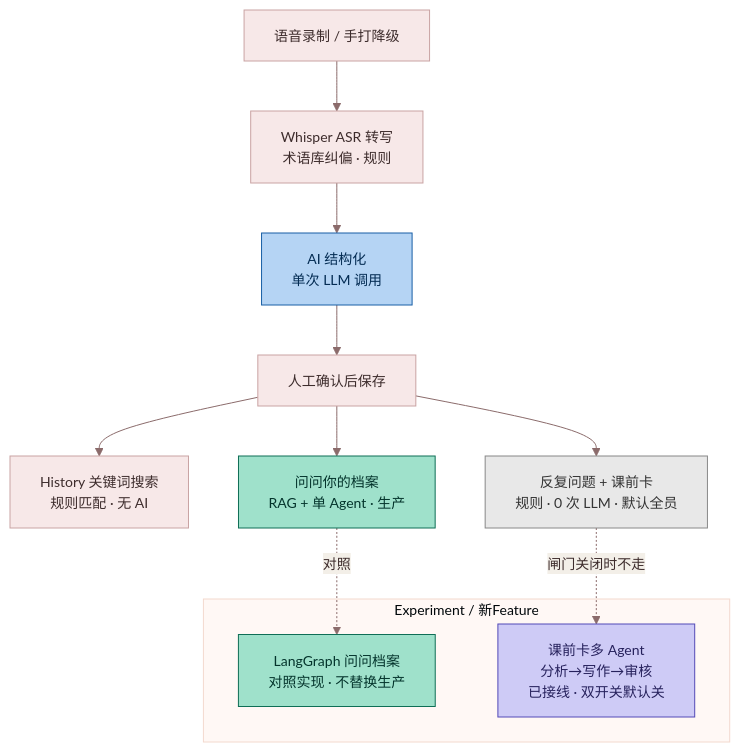
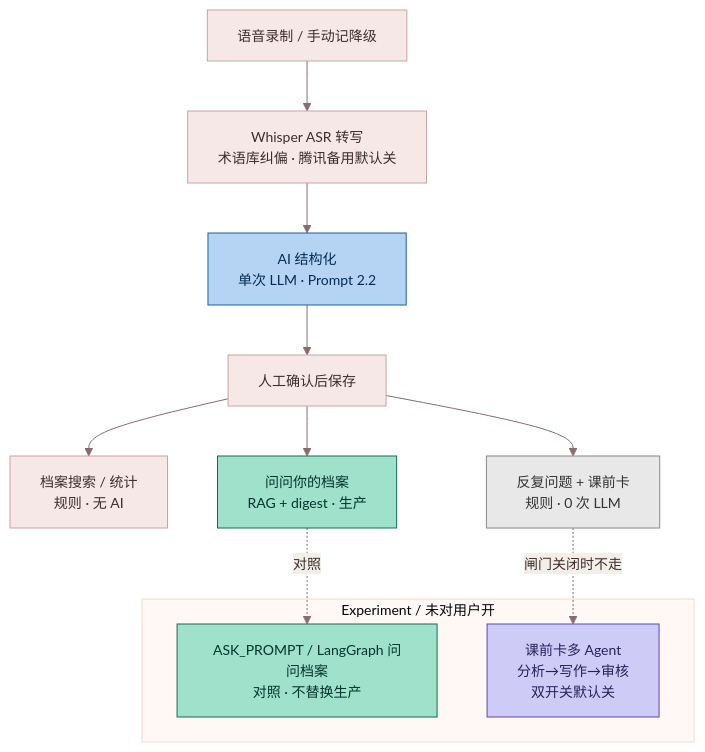
One commit to zuoyingchang/balletmind-app changed the diagram in docs/pm_docs/2.0_architecture_agents.mmd. Above: the diagram before and after it, drawn with Mermaid. The commit also changed 26 other files, not shown here.

Commit message:
Update 2.0 docs and flow diagrams; add a rule not to commit or push without asking.

```diff
--- a/docs/pm_docs/2.0_architecture_agents.mmd
+++ b/docs/pm_docs/2.0_architecture_agents.mmd
@@ -1,21 +1,21 @@
 %%{init: {'theme':'base', 'themeVariables': { 'primaryColor':'#F7E8E8','primaryTextColor':'#3D2C2C','primaryBorderColor':'#C9A3A3','lineColor':'#8B6B6B','secondaryColor':'#F3EFE8','tertiaryColor':'#FFF8F5','fontFamily':'PingFang SC, Noto Sans SC, sans-serif','fontSize':'14px'}}}%%
 flowchart TD
-  A[语音录制 / 手打降级] --> B[Whisper ASR 转写<br/>术语库纠偏 · 规则]
-  B --> C[AI 结构化<br/>单次 LLM 调用]:::llm
+  A[语音录制 / 手动记降级] --> B[Whisper ASR 转写<br/>术语库纠偏 · 腾讯备用默认关]
+  B --> C[AI 结构化<br/>单次 LLM · Prompt 2.2]:::llm
   C --> D[人工确认后保存]
-  D --> E[History 关键词搜索<br/>规则匹配 · 无 AI]
-  D --> F[反复问题 + 课前卡<br/>规则 · 0 次 LLM · 默认全员]:::rule
-  D --> G[问问你的档案<br/>RAG + 单 Agent · 生产]:::agent
+  D --> E[档案搜索 / 统计<br/>规则 · 无 AI]
+  D --> F[反复问题 + 课前卡<br/>规则 · 0 次 LLM]:::rule
+  D --> G[问问你的档案<br/>RAG + digest · 生产]:::agent
 
-  subgraph EXP[Experiment / 新Feature]
-    H[LangGraph 问问档案<br/>对照实现 · 不替换生产]:::agent
-    I[课前卡多 Agent<br/>分析→写作→审核<br/>已接线 · 双开关默认关]:::multiagent
+  subgraph EXP[Experiment / 未对用户开]
+    H[ASK_PROMPT / LangGraph 问问档案<br/>对照 · 不替换生产]:::agent
+    I[课前卡多 Agent<br/>分析→写作→审核<br/>双开关默认关]:::multiagent
   end
 
   G -. 对照 .-> H
   F -. 闸门关闭时不走 .-> I
 
   classDef llm fill:#B5D4F4,stroke:#185FA5,color:#042C53
   classDef agent fill:#9FE1CB,stroke:#0F6E56,color:#04342C
   classDef multiagent fill:#CECBF6,stroke:#534AB7,color:#26215C
   classDef rule fill:#E8E8E8,stroke:#888,color:#333
```
